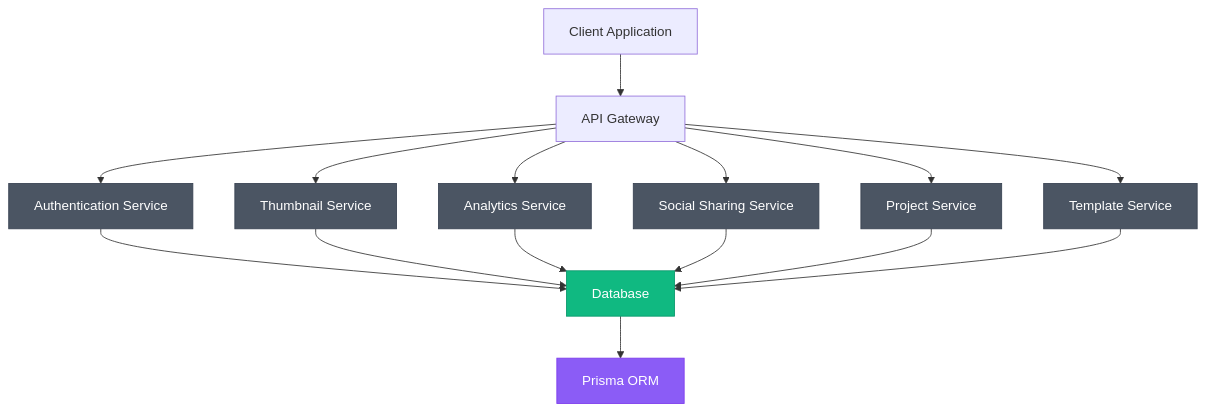
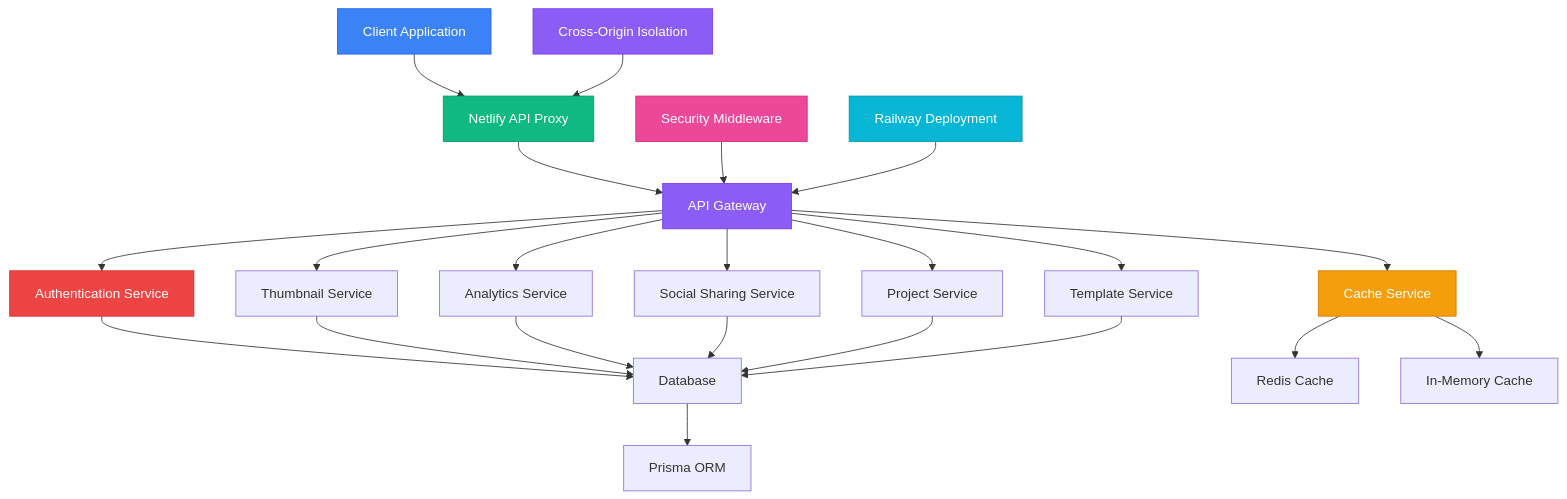
The second of 6 diagrams in .qoder/repowiki/en/content/System Overview.md (Brimstow/ThumPiks), drawn with Mermaid before and after one commit. The commit also changed other lines of this file and 900 other files, not shown here.

````diff
--- a/.qoder/repowiki/en/content/System Overview.md
+++ b/.qoder/repowiki/en/content/System Overview.md
@@ -114,23 +144,32 @@
 ```mermaid
 graph TD
-A[Client Application] --> B[API Gateway]
-B --> C[Authentication Service]
-B --> D[Thumbnail Service]
-B --> E[Analytics Service]
-B --> F[Social Sharing Service]
-B --> G[Project Service]
-B --> H[Template Service]
-C --> I[Database]
-D --> I
-E --> I
-F --> I
-G --> I
-H --> I
-I --> J[Prisma ORM]
-classDef service fill:#4B5563,stroke:#374151,color:white;
-classDef database fill:#10B981,stroke:#059669,color:white;
-classDef orm fill:#8B5CF6,stroke:#7C3AED,color:white;
-class C,D,E,F,G,H service
-class I database
-class J orm
+A[Client Application] --> B[Netlify API Proxy]
+B --> C[API Gateway]
+C --> D[Authentication Service]
+C --> E[Thumbnail Service]
+C --> F[Analytics Service]
+C --> G[Social Sharing Service]
+C --> H[Project Service]
+C --> I[Template Service]
+D --> J[Database]
+E --> J
+F --> J
+G --> J
+H --> J
+I --> J
+J --> K[Prisma ORM]
+L[Cache Service] --> M[Redis Cache]
+L --> N[In-Memory Cache]
+C --> L
+O[Security Middleware] --> C
+P[Railway Deployment] --> C
+Q[Cross-Origin Isolation] --> B
+style A fill:#3B82F6,stroke:#2563EB,color:white
+style B fill:#10B981,stroke:#059669,color:white
+style C fill:#8B5CF6,stroke:#7C3AED,color:white
+style D fill:#EF4444,stroke:#DC2626,color:white
+style L fill:#F59E0B,stroke:#D97706,color:white
+style O fill:#EC4899,stroke:#DB2777,color:white
+style P fill:#06B6D4,stroke:#0891B2,color:white
+style Q fill:#8B5CF6,stroke:#7C3AED,color:white
 ```
````
